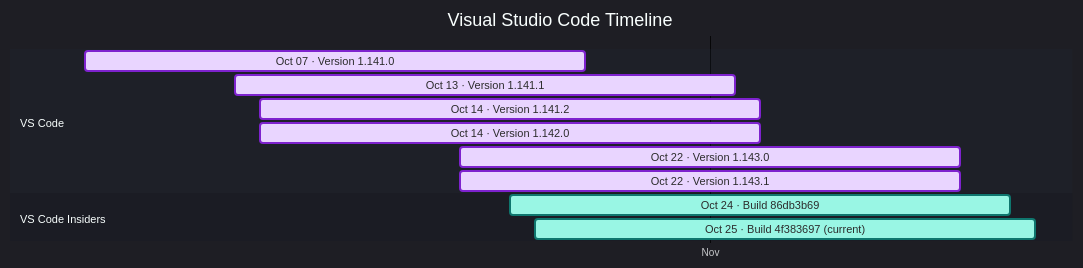
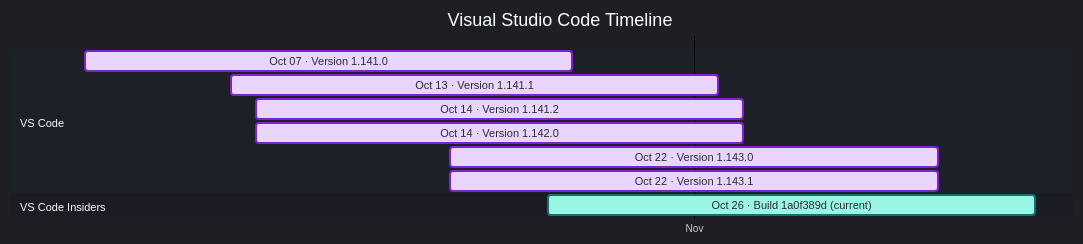
Before and after one commit to Oxelya-DevTools/VisualStudioUpdate: the diagram in docs/vscode.md, drawn with Mermaid. The commit also changed other lines of this file and 3 other files, not shown here.

````diff
--- a/docs/vscode.md
+++ b/docs/vscode.md
@@ -9,18 +9,17 @@
 ```mermaid
 %%{init: {'theme':'dark','themeVariables': { 'fontFamily': 'Segoe UI', 'fontSize': '24px', 'textColor': '#F3F4F6', 'titleTextColor': '#FFFFFF', 'taskTextColor': '#111827', 'taskTextLightColor': '#111827', 'taskTextOutsideColor': '#F3F4F6', 'taskBkgColor': '#BAE6FD', 'taskBorderColor': '#0369A1', 'doneTaskBkgColor': '#E9D5FF', 'doneTaskBorderColor': '#7E22CE', 'activeTaskBkgColor': '#99F6E4', 'activeTaskBorderColor': '#0F766E', 'critTaskBkgColor': '#FED7AA', 'critTaskBorderColor': '#C2410C', 'sectionBkgColor': '#1F2937', 'altSectionBkgColor': '#111827', 'gridColor': '#4B5563', 'todayLineColor': '#F87171' }}}%%
 gantt
     title Visual Studio Code Timeline
     dateFormat  YYYY-MM-DD
     axisFormat  %b
     tickInterval 1month
     section VS Code
     Oct 07 · Version 1.141.0 : done, vscode202610070, 2026-10-07, 20d
     Oct 13 · Version 1.141.1 : done, vscode202610131, 2026-10-13, 20d
     Oct 14 · Version 1.141.2 : done, vscode202610142, 2026-10-14, 20d
     Oct 14 · Version 1.142.0 : done, vscode202610143, 2026-10-14, 20d
     Oct 22 · Version 1.143.0 : done, vscode202610224, 2026-10-22, 20d
     Oct 22 · Version 1.143.1 : done, vscode202610225, 2026-10-22, 20d
     section VS Code Insiders
-    Oct 24 · Build 86db3b69 : active, vscodeinsiders202610240, 2026-10-24, 20d
-    Oct 25 · Build 4f383697 (current) : active, vscodeinsiders202610251, 2026-10-25, 20d
+    Oct 26 · Build 1a0f389d (current) : active, vscodeinsiders202610260, 2026-10-26, 20d
 ```
````
